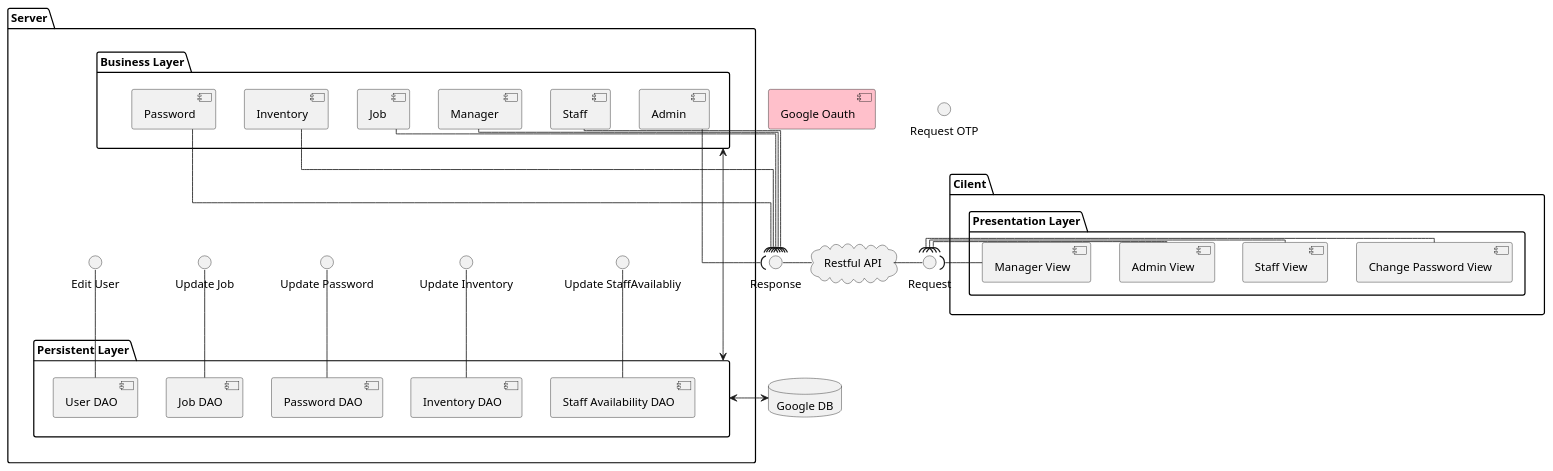
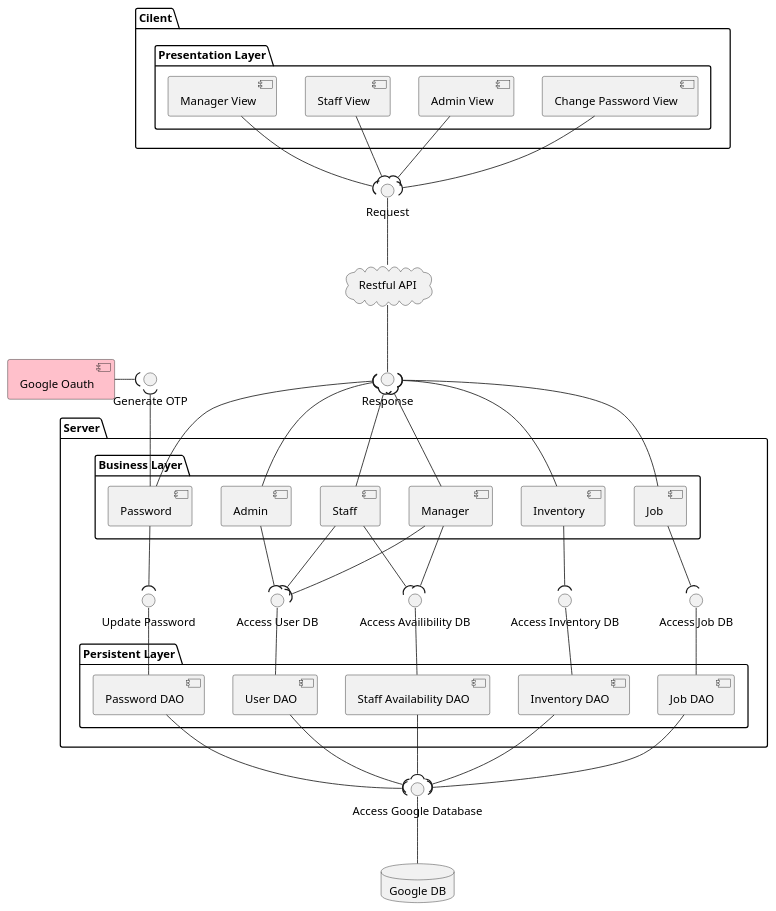
One commit to tryhardlaijun/Y2Trim1SoftEngPlantUml changed the diagram in 2101/M2Component.Plantuml. Above: the diagram before and after it, drawn with PlantUML.

Commit message:
PlantUML For m2

```diff
--- a/2101/M2Component.Plantuml
+++ b/2101/M2Component.Plantuml
@@ -1,88 +1,102 @@
 @startuml
-skinparam classAttributeIconSize 0
-skinparam linetype ortho
 top to bottom direction
 
 'Interface
 
 'Declaring things
 database "Google DB" as db
 [Google Oauth] as Google #Pink
 
 package "Cilent" as Cilent{
   package  "Presentation Layer"  as Presentation{
     [Change Password View] as PasswordView
     [Admin View] as AdminView
     [Staff View] as StaffView
     [Manager View] as ManagerView
 
   }
 }
 
 package "Server" as server{
-  Interface "Edit User" as EditUser
-  Interface "Update Job" as UpdateJob
+  Interface "Access User DB" as EditUser
+  Interface "Access Job DB" as UpdateJob
   Interface "Update Password" as UpdatePassword
-  Interface "Update Inventory" as UpdateInventory
-  Interface "Update StaffAvailabliy" as UpdateStaffAvailabliy
+  Interface "Access Inventory DB" as UpdateInventory
+  Interface "Access Availibility DB" as UpdateStaffAvailabliy
 
   package  "Business Layer" as Business {
     [Admin ] as Admin
     [Staff ] as Staff
     [Manager ] as Manager
     [Job ] as Job
     [Inventory] as Inventory
     [Password] as Password
+    Admin -d-( EditUser
+    Staff -d-( EditUser
+    Manager -d-( EditUser
+    Staff -d-( UpdateStaffAvailabliy
+    Manager -d-( UpdateStaffAvailabliy
+    Job -d-( UpdateJob
+    Inventory -d-( UpdateInventory
+    Password -d-( UpdatePassword
+
 
   }
 
   package "Persistent Layer" as Persistent {
     [User DAO] as UserDAO
     [Job DAO] as JobDAO
     [Password DAO] as PasswordDAO
     [Inventory DAO] as InventoryDAO
     [Staff Availability DAO] as StaffAvailabilityDAO
     UserDAO -u- EditUser
     JobDAO -u- UpdateJob
     PasswordDAO -u- UpdatePassword
     InventoryDAO -u- UpdateInventory
     StaffAvailabilityDAO -u- UpdateStaffAvailabliy
   }
 
 }
 
 cloud "Restful API" as RestfulAPI{
 }
-Business <--->  Persistent
+' Business <-d->  Persistent
 
-Persistent <-> db
+' Persistent <-> db
 
 
-Interface "Request OTP" as OTP
+Interface "Generate OTP" as OTP
 Interface "Request" as HTTPRequest
 Interface "Response" as HTTPResponse
+Interface "Access Google Database" as AccessDB
+
+RestfulAPI -d- HTTPResponse
+RestfulAPI -u- HTTPRequest
+
+PasswordView -d-( HTTPRequest
+StaffView -d-( HTTPRequest
+AdminView -d-( HTTPRequest
+ManagerView -d-( HTTPRequest
 
 
-RestfulAPI -l- HTTPResponse
-RestfulAPI -r- HTTPRequest
+Admin  -u-( HTTPResponse
+Staff -u-( HTTPResponse
+Manager -u-( HTTPResponse
+Job -u-( HTTPResponse
+Inventory -u-( HTTPResponse
+Password -u-( HTTPResponse
 
-PasswordView -( HTTPRequest
-StaffView -( HTTPRequest
-AdminView -( HTTPRequest
-ManagerView -( HTTPRequest
+Password -u-( OTP
+Google -( OTP
 
 
-Admin  --( HTTPResponse
-Staff --( HTTPResponse
-Manager --( HTTPResponse
-Job --( HTTPResponse
-Inventory --( HTTPResponse
-Password --( HTTPResponse
+UserDAO -d-( AccessDB
+JobDAO -d-( AccessDB
+PasswordDAO -d-( AccessDB
+InventoryDAO -d-( AccessDB
+StaffAvailabilityDAO -d-( AccessDB
 
-
-
-
-
+db -u- AccessDB
 
 
 @enduml
```
